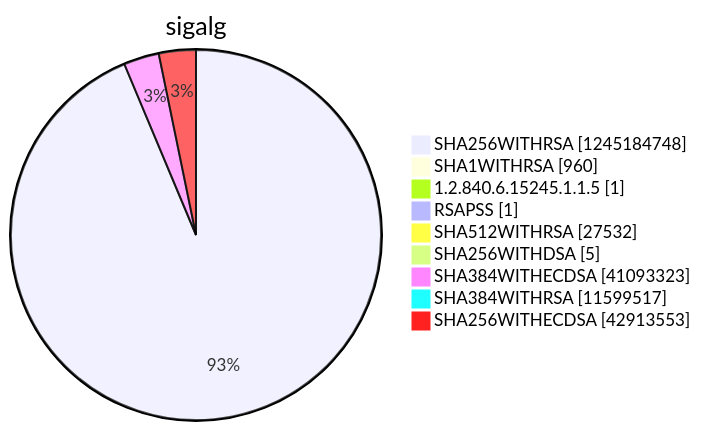
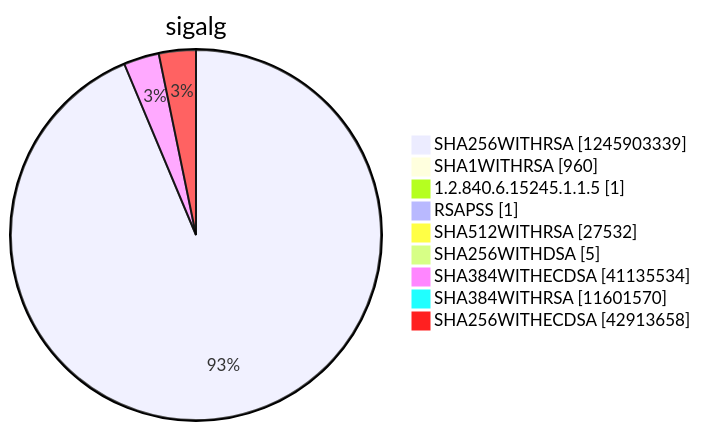
Before and after one commit to christiankrug/ctmonitor_visualization: diagram 15 of 15 in argon2022/README.md, drawn with Mermaid. The commit also changed other lines of this file, not shown here.

````diff
--- a/argon2022/README.md
+++ b/argon2022/README.md
@@ -5522,13 +5522,13 @@
 ```mermaid
 pie showData
 title sigalg
-"SHA256WITHRSA" :1245184748
+"SHA256WITHRSA" :1245903339
 "SHA1WITHRSA" :960
 "1.2.840.6.15245.1.1.5" :1
 "RSAPSS" :1
 "SHA512WITHRSA" :27532
 "SHA256WITHDSA" :5
-"SHA384WITHECDSA" :41093323
-"SHA384WITHRSA" :11599517
-"SHA256WITHECDSA" :42913553
+"SHA384WITHECDSA" :41135534
+"SHA384WITHRSA" :11601570
+"SHA256WITHECDSA" :42913658
 ```
````
